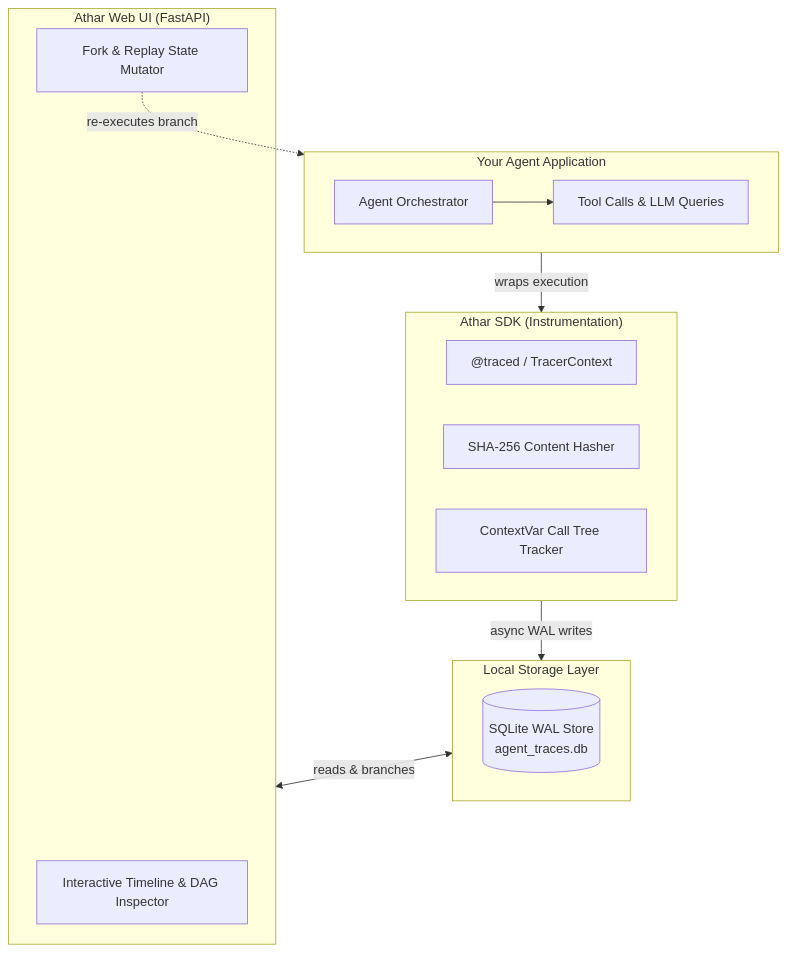
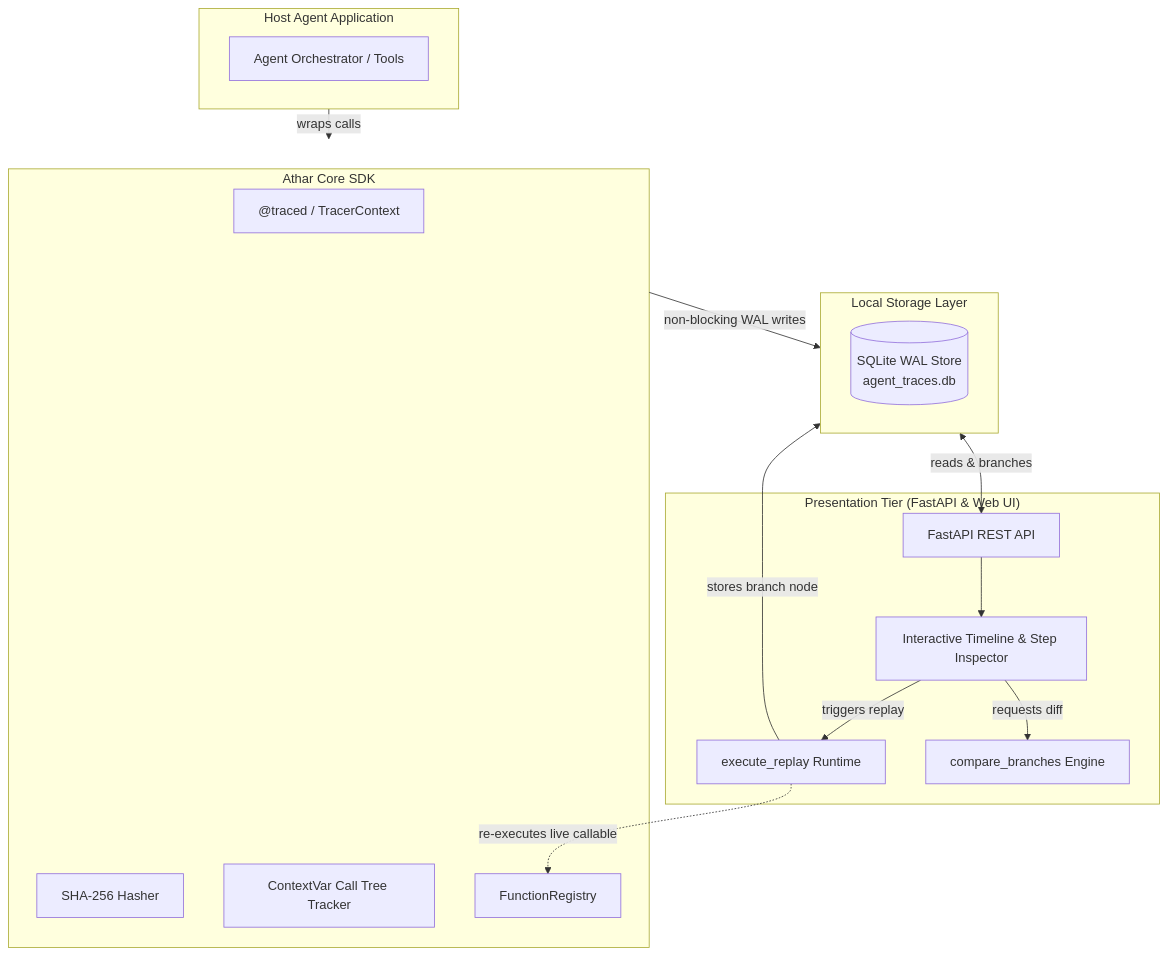
Before and after one commit to Abdur-Rafay-AR/athar: the third of 3 diagrams in README.md, drawn with Mermaid. The commit also changed other lines of this file and 10 other files, not shown here.

````diff
--- a/README.md
+++ b/README.md
@@ -116,26 +252,33 @@
 ```mermaid
 flowchart TD
-    subgraph AgentApp["Your Agent Application"]
-        A["Agent Orchestrator"] --> B["Tool Calls & LLM Queries"]
+    subgraph HostApp["Host Agent Application"]
+        Agent["Agent Orchestrator / Tools"]
     end
 
-    subgraph AtharSDK["Athar SDK (Instrumentation)"]
+    subgraph AtharSDK["Athar Core SDK"]
         T["@traced / TracerContext"]
-        H["SHA-256 Content Hasher"]
-        C["ContextVar Call Tree Tracker"]
+        H["SHA-256 Hasher"]
+        CTX["ContextVar Call Tree Tracker"]
+        REG["FunctionRegistry"]
     end
 
     subgraph Storage["Local Storage Layer"]
         DB[("SQLite WAL Store\nagent_traces.db")]
     end
 
-    subgraph WebUI["Athar Web UI (FastAPI)"]
-        UI["Interactive Timeline & DAG Inspector"]
-        FR["Fork & Replay State Mutator"]
+    subgraph Presentation["Presentation Tier (FastAPI & Web UI)"]
+        API["FastAPI REST API"]
+        UI["Interactive Timeline & Step Inspector"]
+        REP["execute_replay Runtime"]
+        DIFF["compare_branches Engine"]
     end
 
-    AgentApp -->|wraps execution| AtharSDK
-    AtharSDK -->|async WAL writes| Storage
-    Storage <-->|reads & branches| WebUI
-    FR -.->|re-executes branch| AgentApp
+    HostApp -->|wraps calls| AtharSDK
+    AtharSDK -->|non-blocking WAL writes| Storage
+    Storage <-->|reads & branches| API
+    API --> UI
+    UI -->|triggers replay| REP
+    REP -.->|re-executes live callable| REG
+    REP -->|stores branch node| Storage
+    UI -->|requests diff| DIFF
 ```
````
